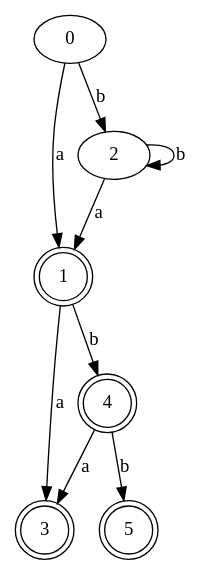
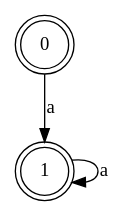
One commit to easymoneysnipertang/Compiler changed the diagram in OT1/DFA0.dot. Above: the diagram before and after it, drawn with Graphviz. The commit also changed 5 other files, not shown here.

```diff
--- a/OT1/DFA0.dot
+++ b/OT1/DFA0.dot
@@ -1,14 +1,6 @@
 digraph G {
 	0 -> 1 [label="a"];
-	0 -> 2 [label="b"];
-	1 -> 3 [label="a"];
-	1 -> 4 [label="b"];
+	0 [shape=doublecircle];
+	1 -> 1 [label="a"];
 	1 [shape=doublecircle];
-	2 -> 1 [label="a"];
-	2 -> 2 [label="b"];
-	3 [shape=doublecircle];
-	4 -> 3 [label="a"];
-	4 -> 5 [label="b"];
-	4 [shape=doublecircle];
-	5 [shape=doublecircle];
 }
```
